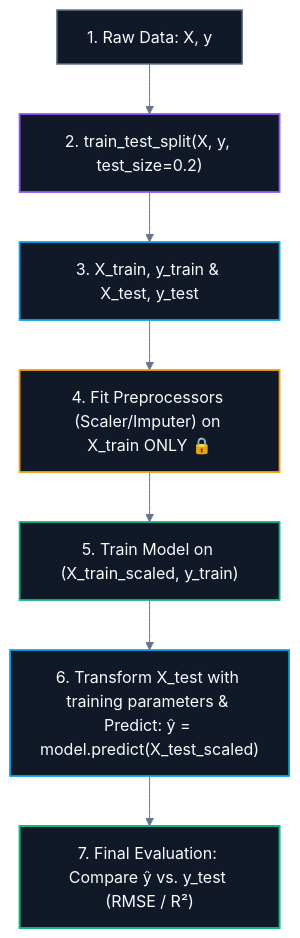
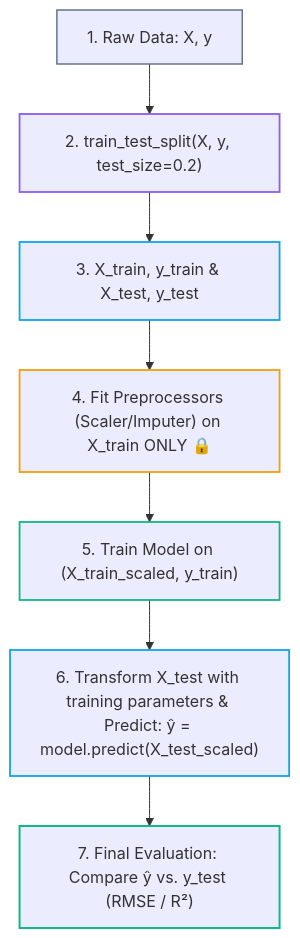
The fourth of 4 diagrams in CS/AI & ML/01. Classical ML/04. Train-Test Split and Generalization.md (abhinavbharti2345/CS_Notes), drawn with Mermaid before and after one commit. The commit also changed other lines of this file and 91 other files, not shown here.

````diff
--- a/CS/AI & ML/01. Classical ML/04. Train-Test Split and Generalization.md
+++ b/CS/AI & ML/01. Classical ML/04. Train-Test Split and Generalization.md
@@ -199,31 +196,30 @@
 ```mermaid
-%%{init: {'theme': 'base', 'themeVariables': { 'darkMode': true, 'background': '#0B0F14', 'mainBkg': '#111827', 'primaryColor': '#111827', 'primaryTextColor': '#F8FAFC', 'primaryBorderColor': '#38BDF8', 'lineColor': '#64748B', 'secondaryColor': '#0B0F14', 'tertiaryColor': '#0B0F14', 'clusterBkg': '#0B0F14', 'clusterBorder': '#38BDF8' }}}%%
 flowchart TD
     Step1["1. Raw Data: X, y"] --> Step2["2. train_test_split(X, y, test_size=0.2)"]
     
     Step2 --> Step3["3. X_train, y_train & X_test, y_test"]
     
     Step3 --> Step4["4. Fit Preprocessors (Scaler/Imputer) on X_train ONLY 🔒"]
     
     Step4 --> Step5["5. Train Model on (X_train_scaled, y_train)"]
     
     Step5 --> Step6["6. Transform X_test with training parameters & Predict: ŷ = model.predict(X_test_scaled)"]
     
     Step6 --> Step7["7. Final Evaluation: Compare ŷ vs. y_test (RMSE / R²)"]
 
-    classDef s1 fill:#111827,stroke:#64748b,stroke-width:1.5px,color:#F8FAFC;
-    classDef s2 fill:#111827,stroke:#8b5cf6,stroke-width:1.8px,color:#F8FAFC;
-    classDef s3 fill:#111827,stroke:#0ea5e9,stroke-width:1.8px,color:#F8FAFC;
-    classDef s4 fill:#111827,stroke:#f59e0b,stroke-width:1.8px,color:#F8FAFC;
-    classDef s5 fill:#111827,stroke:#10b981,stroke-width:1.8px,color:#F8FAFC;
-    classDef s6 fill:#111827,stroke:#0ea5e9,stroke-width:1.8px,color:#F8FAFC;
-    classDef s7 fill:#111827,stroke:#10b981,stroke-width:2px,color:#F8FAFC;
+    classDef s1 stroke:#64748b,stroke-width:1.5px;
+    classDef s2 stroke:#8b5cf6,stroke-width:1.8px;
+    classDef s3 stroke:#0ea5e9,stroke-width:1.8px;
+    classDef s4 stroke:#f59e0b,stroke-width:1.8px;
+    classDef s5 stroke:#10b981,stroke-width:1.8px;
+    classDef s6 stroke:#0ea5e9,stroke-width:1.8px;
+    classDef s7 stroke:#10b981,stroke-width:2px;
 
     class Step1 s1;
     class Step2 s2;
     class Step3 s3;
     class Step4 s4;
     class Step5 s5;
     class Step6 s6;
     class Step7 s7;
 ```
````
